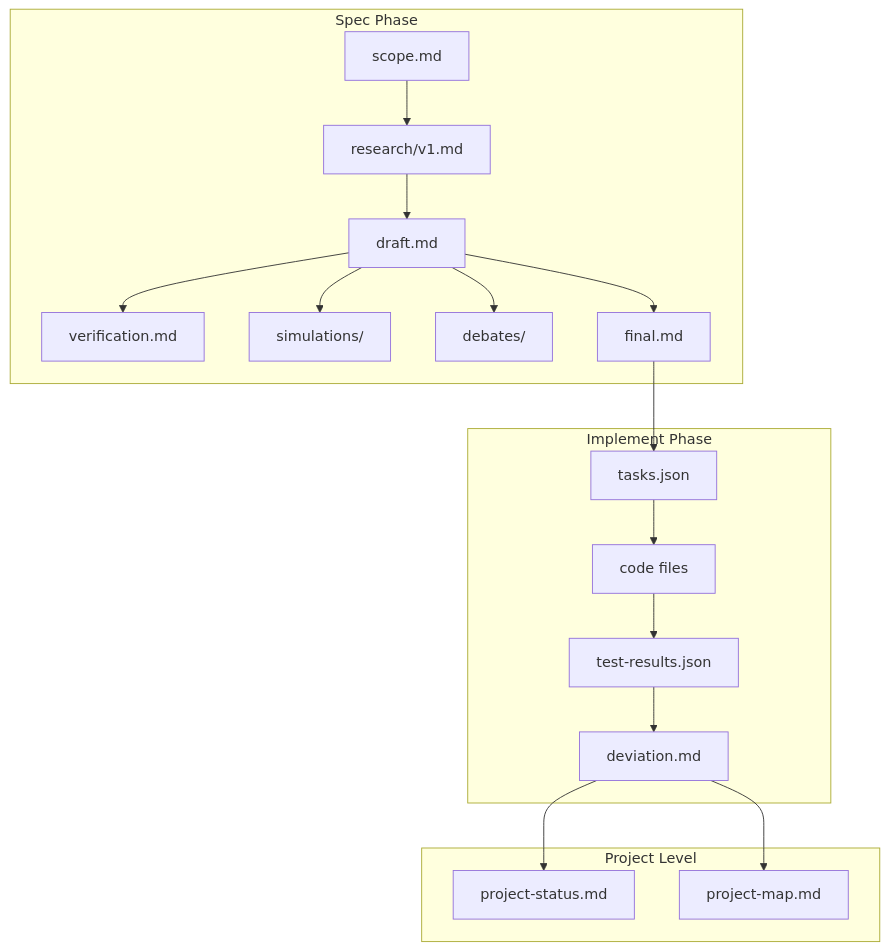
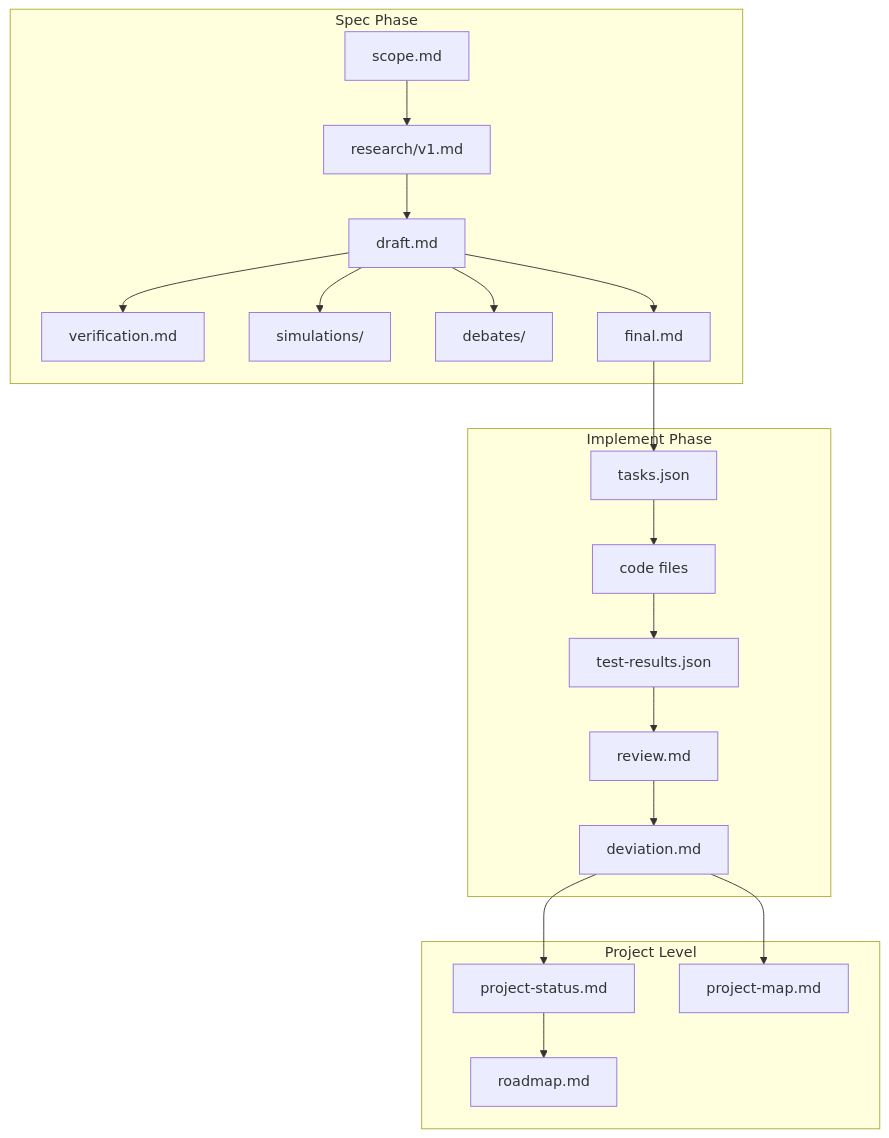
One commit to imtemp-dev/claude-forge changed the seventh of 8 diagrams in README.md. Above: the diagram before and after it, drawn with Mermaid. The commit also changed other lines of this file and 3 other files, not shown here.

First line of the commit message:
Sync READMEs with vision/roadmap, review step, and CLI updates

````diff
--- a/README.md
+++ b/README.md
@@ -220,23 +220,25 @@
 ```mermaid
 flowchart TD
     subgraph Spec Phase
         SC["scope.md"] --> RS["research/v1.md"]
         RS --> DR["draft.md"]
         DR --> VF["verification.md"]
         DR --> SM["simulations/"]
         DR --> DB["debates/"]
         DR --> FM["final.md"]
     end
 
     subgraph Implement Phase
         FM --> TK["tasks.json"]
         TK --> CODE["code files"]
         CODE --> TR["test-results.json"]
-        TR --> DV["deviation.md"]
+        TR --> RV2["review.md"]
+        RV2 --> DV["deviation.md"]
     end
 
     subgraph Project Level
         DV --> PS["project-status.md"]
         DV --> PM["project-map.md"]
+        PS --> RM["roadmap.md"]
     end
 ```
````
